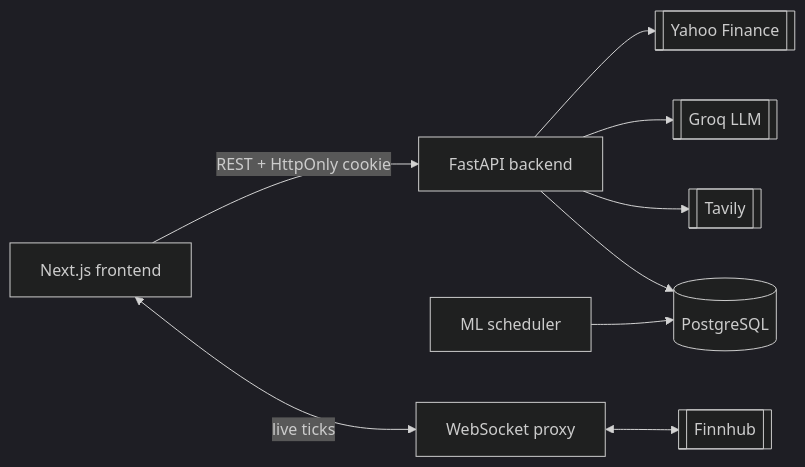
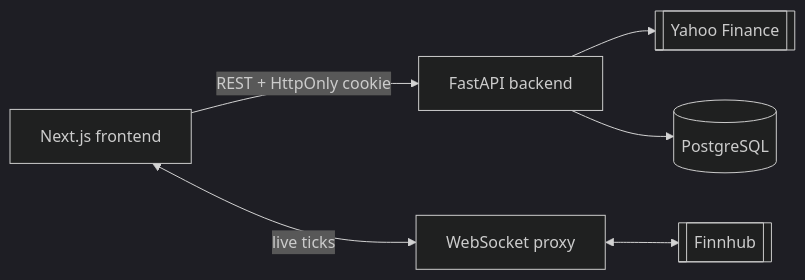
The diagram in README.md (Jugalpatel3981/Stock-Analytics), drawn with Mermaid (dark theme) before and after one commit. The commit also changed other lines of this file and 65 other files, not shown here.

````diff
--- a/README.md
+++ b/README.md
@@ -51,11 +40,8 @@
 ```mermaid
 flowchart LR
     UI[Next.js frontend] -->|REST + HttpOnly cookie| API[FastAPI backend]
     UI <-->|live ticks| WS[WebSocket proxy]
     WS <--> Finnhub[[Finnhub]]
     API --> Yahoo[[Yahoo Finance]]
-    API --> Groq[[Groq LLM]]
-    API --> Tavily[[Tavily]]
     API --> DB[(PostgreSQL)]
-    Scheduler[ML scheduler] --> DB
 ```
````
